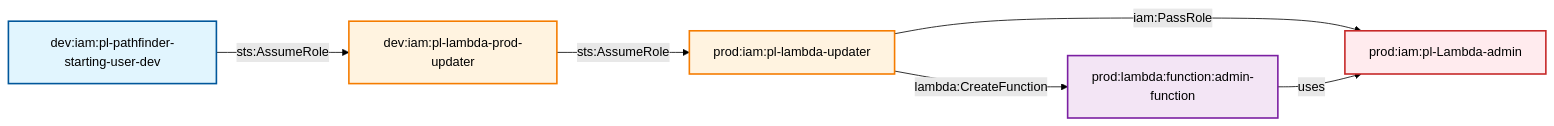
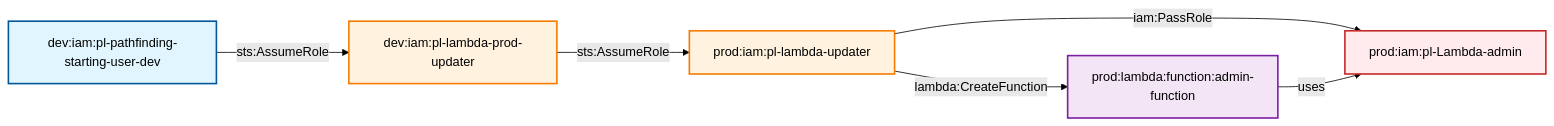
The diagram in modules/scenarios/cross-account/dev-to-prod/multi-hop/passrole-lambda-admin/README.md (DataDog/pathfinding-labs), drawn with Mermaid (forest theme) before and after one commit. The commit also changed other lines of this file and 67 other files, not shown here.

First line of the commit message:
Rename project from pathfinder-labs to pathfinding-labs

````diff
--- a/modules/scenarios/cross-account/dev-to-prod/multi-hop/passrole-lambda-admin/README.md
+++ b/modules/scenarios/cross-account/dev-to-prod/multi-hop/passrole-lambda-admin/README.md
@@ -21,27 +21,27 @@
 ```mermaid
 graph LR
     %% Nodes
-    StartingUser[dev:iam:pl-pathfinder-starting-user-dev]
+    StartingUser[dev:iam:pl-pathfinding-starting-user-dev]
     DevRole[dev:iam:pl-lambda-prod-updater]
     ProdRole[prod:iam:pl-lambda-updater]
     LambdaAdmin[prod:iam:pl-Lambda-admin]
     LambdaFunction[prod:lambda:function:admin-function]
     
     %% Edges
     StartingUser -->|sts:AssumeRole| DevRole
     DevRole -->|sts:AssumeRole| ProdRole
     ProdRole -->|iam:PassRole| LambdaAdmin
     ProdRole -->|lambda:CreateFunction| LambdaFunction
     LambdaFunction -->|uses| LambdaAdmin
     
     %% Styling
     classDef userNode fill:#e1f5fe,stroke:#01579b,stroke-width:2px
     classDef roleNode fill:#fff3e0,stroke:#f57c00,stroke-width:2px
     classDef adminNode fill:#ffebee,stroke:#c62828,stroke-width:2px
     classDef serviceNode fill:#f3e5f5,stroke:#7b1fa2,stroke-width:2px
     
     class StartingUser userNode
     class DevRole,ProdRole roleNode
     class LambdaAdmin adminNode
     class LambdaFunction serviceNode
 ```
````
